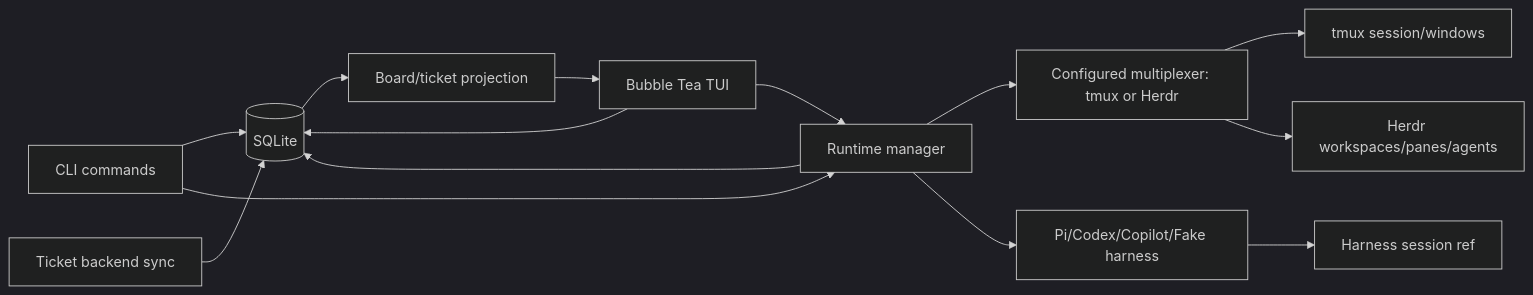
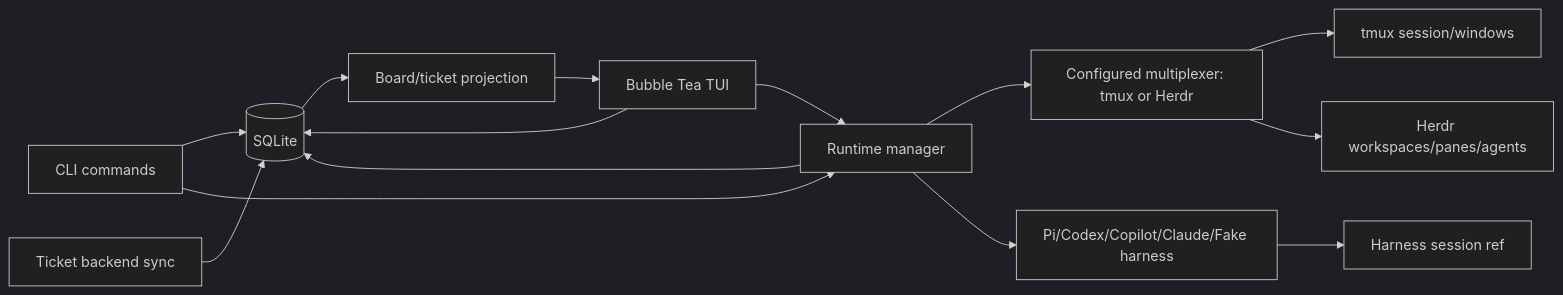
Before and after one commit to carlotran4/kanbi: the first of 5 diagrams in docs/architecture.md, drawn with Mermaid (dark theme). The commit also changed other lines of this file and 5 other files, not shown here.

````diff
--- a/docs/architecture.md
+++ b/docs/architecture.md
@@ -7,16 +7,16 @@
 ```mermaid
 flowchart LR
     CLI[CLI commands] --> Store[(SQLite)]
     TUI[Bubble Tea TUI] --> Store
     TUI --> Manager[Runtime manager]
     CLI --> Manager
     Manager --> Mux[Configured multiplexer: tmux or Herdr]
     Mux --> Tmux[tmux session/windows]
     Mux --> Herdr[Herdr workspaces/panes/agents]
-    Manager --> Harness[Pi/Codex/Copilot/Fake harness]
+    Manager --> Harness[Pi/Codex/Copilot/Claude/Fake harness]
     Harness --> Ref[Harness session ref]
     Manager --> Store
     Store --> Projection[Board/ticket projection]
     Projection --> TUI
     Sync[Ticket backend sync] --> Store
 ```
````
